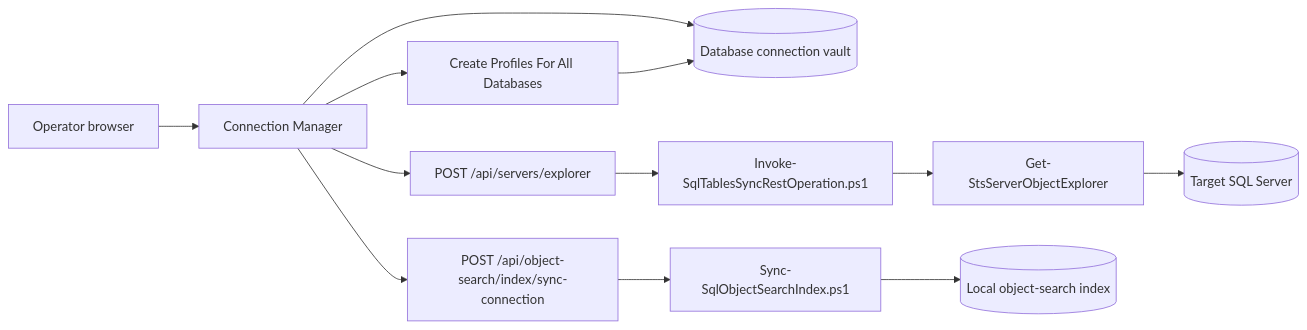
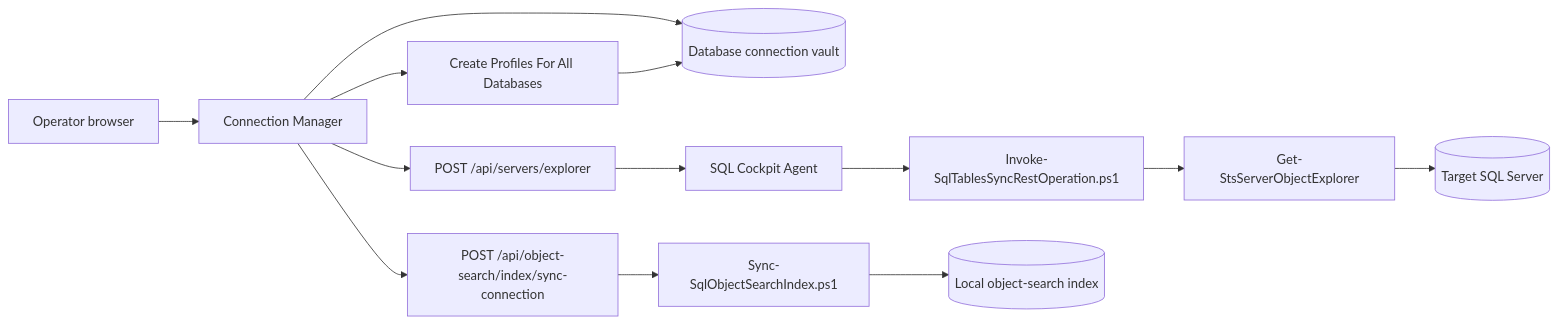
One commit to sql-cockpit/sql-cockpit-docs-source changed the diagram in docs/operations/connection-manager.md. Above: the diagram before and after it, drawn with Mermaid. The commit also changed other lines of this file and 42 other files, not shown here.

````diff
--- a/docs/operations/connection-manager.md
+++ b/docs/operations/connection-manager.md
@@ -23,14 +23,15 @@
 ```mermaid
 flowchart LR
     Operator[Operator browser] --> ConnectionManager[Connection Manager]
     ConnectionManager --> Profile[(Database connection vault)]
     ConnectionManager --> ExplorerApi[POST /api/servers/explorer]
-    ExplorerApi --> RestRunner[Invoke-SqlTablesSyncRestOperation.ps1]
+    ExplorerApi --> Agent[SQL Cockpit Agent]
+    Agent --> RestRunner[Invoke-SqlTablesSyncRestOperation.ps1]
     RestRunner --> Explorer[Get-StsServerObjectExplorer]
     Explorer --> SqlServer[(Target SQL Server)]
     ConnectionManager --> BulkCreate[Create Profiles For All Databases]
     BulkCreate --> Profile
     ConnectionManager --> SearchApi[POST /api/object-search/index/sync-connection]
     SearchApi --> SearchSync[Sync-SqlObjectSearchIndex.ps1]
     SearchSync --> SearchIndex[(Local object-search index)]
 ```
````
